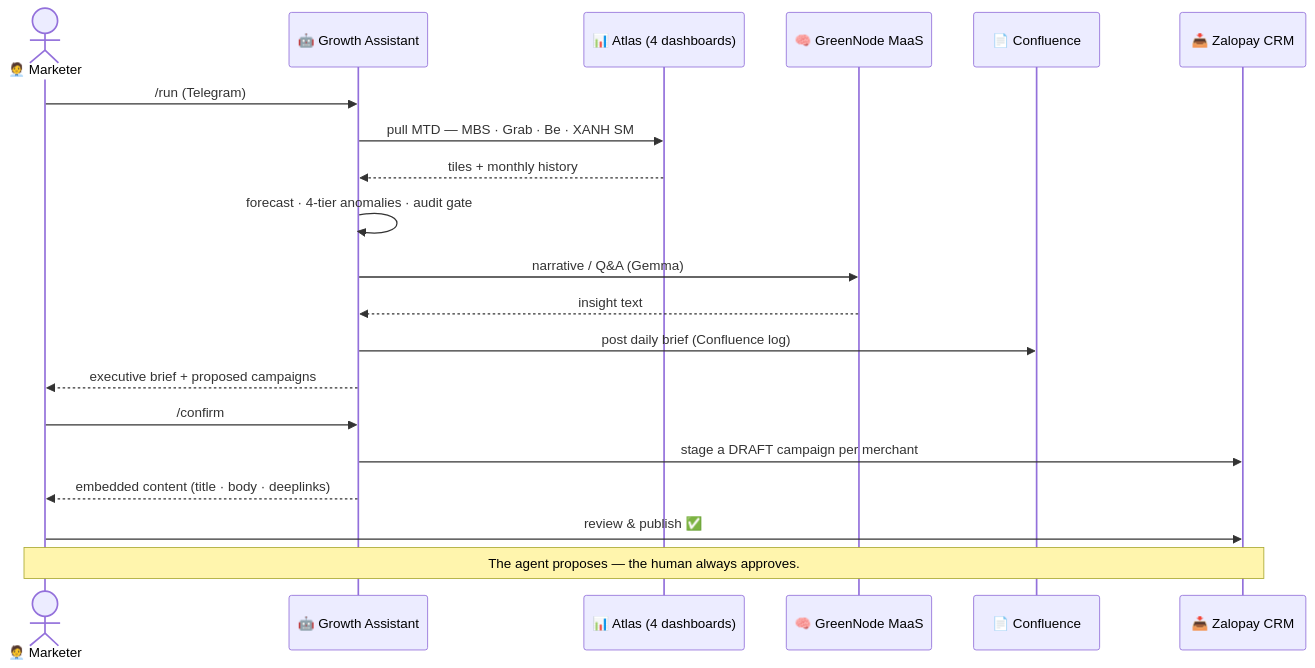
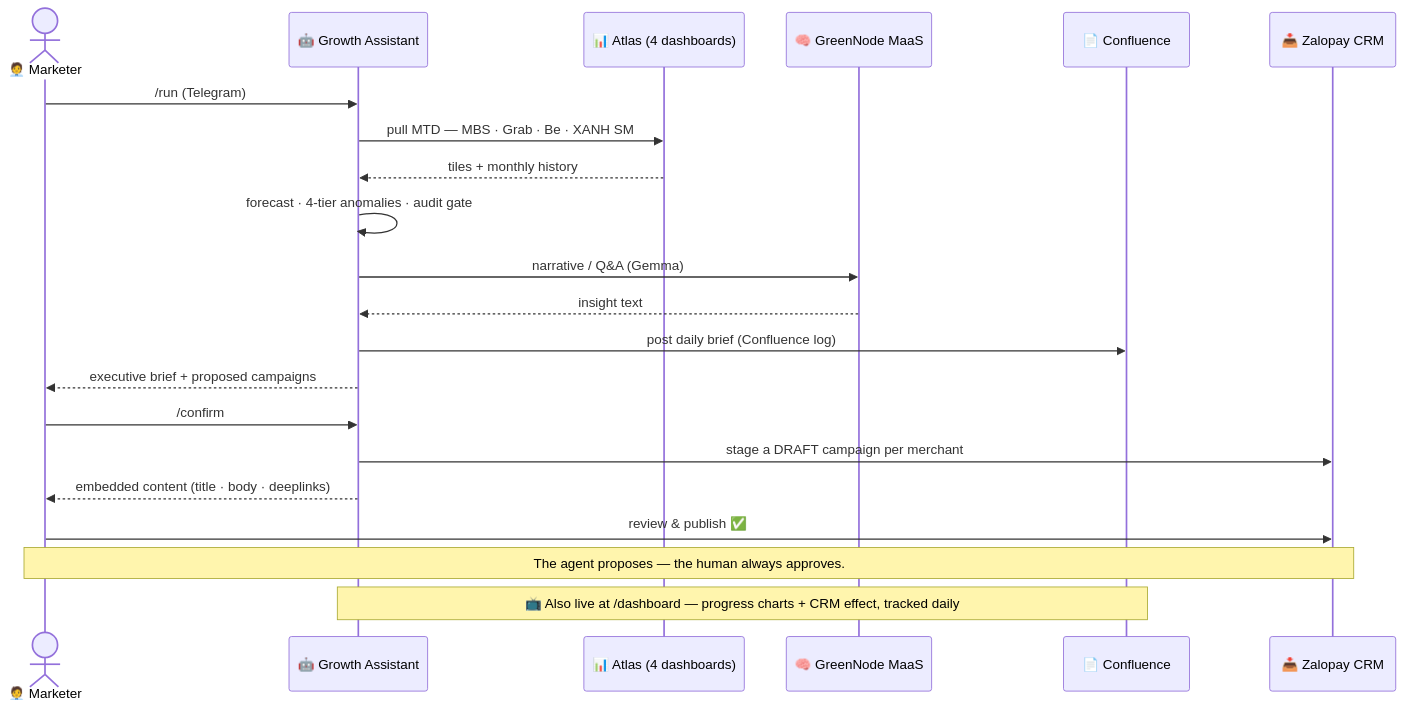
One commit to thai-max-nguyen/claw-a-thon-demo-agent-mvp changed the first of 5 diagrams in README.md. Above: the diagram before and after it, drawn with Mermaid. The commit also changed other lines of this file and 2 other files, not shown here.

First line of the commit message:
feat: dashboard progress charts first (MPU-vs-target + CRM lift) + dashboard link in sequence

````diff
--- a/README.md
+++ b/README.md
@@ -38,22 +38,23 @@
 ```mermaid
 sequenceDiagram
   actor M as 🧑‍💼 Marketer
   participant A as 🤖 Growth Assistant
   participant AT as 📊 Atlas (4 dashboards)
   participant LLM as 🧠 GreenNode MaaS
   participant CF as 📄 Confluence
   participant C as 📥 Zalopay CRM
   M->>A: /run  (Telegram)
   A->>AT: pull MTD — MBS · Grab · Be · XANH SM
   AT-->>A: tiles + monthly history
   A->>A: forecast · 4-tier anomalies · audit gate
   A->>LLM: narrative / Q&A (Gemma)
   LLM-->>A: insight text
   A->>CF: post daily brief (Confluence log)
   A-->>M: executive brief + proposed campaigns
   M->>A: /confirm
   A->>C: stage a DRAFT campaign per merchant
   A-->>M: embedded content (title · body · deeplinks)
   M->>C: review & publish ✅
   Note over M,C: The agent proposes — the human always approves.
+  Note over A,CF: 📺 Also live at /dashboard — progress charts + CRM effect, tracked daily
 ```
````
